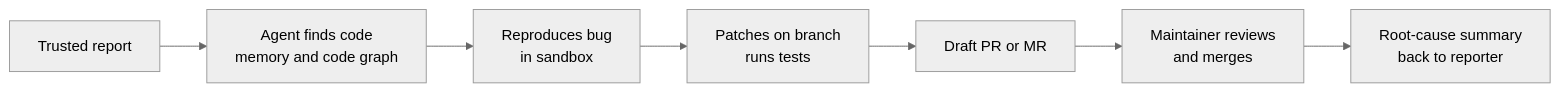
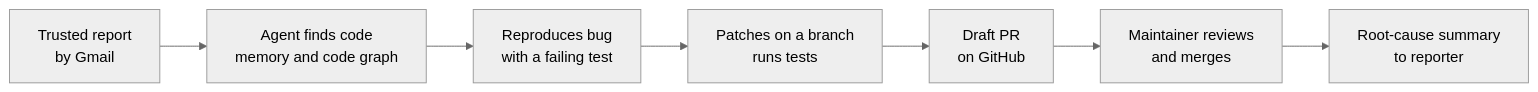
One commit to SubashNadar/issue-to-pr-agent changed the diagram in docs/PITCH.md. Above: the diagram before and after it, drawn with Mermaid (neutral theme). The commit also changed other lines of this file and 22 other files, not shown here.

````diff
--- a/docs/PITCH.md
+++ b/docs/PITCH.md
@@ -13,9 +13,9 @@
 ```mermaid
 flowchart LR
-  A[Trusted report] --> B[Agent finds code<br/>memory and code graph]
-  B --> C[Reproduces bug<br/>in sandbox]
-  C --> D[Patches on branch<br/>runs tests]
-  D --> E[Draft PR or MR]
+  A[Trusted report<br/>by Gmail] --> B[Agent finds code<br/>memory and code graph]
+  B --> C[Reproduces bug<br/>with a failing test]
+  C --> D[Patches on a branch<br/>runs tests]
+  D --> E[Draft PR<br/>on GitHub]
   E --> F[Maintainer reviews<br/>and merges]
-  F --> G[Root-cause summary<br/>back to reporter]
+  F --> G[Root-cause summary<br/>to reporter]
 ```
````
